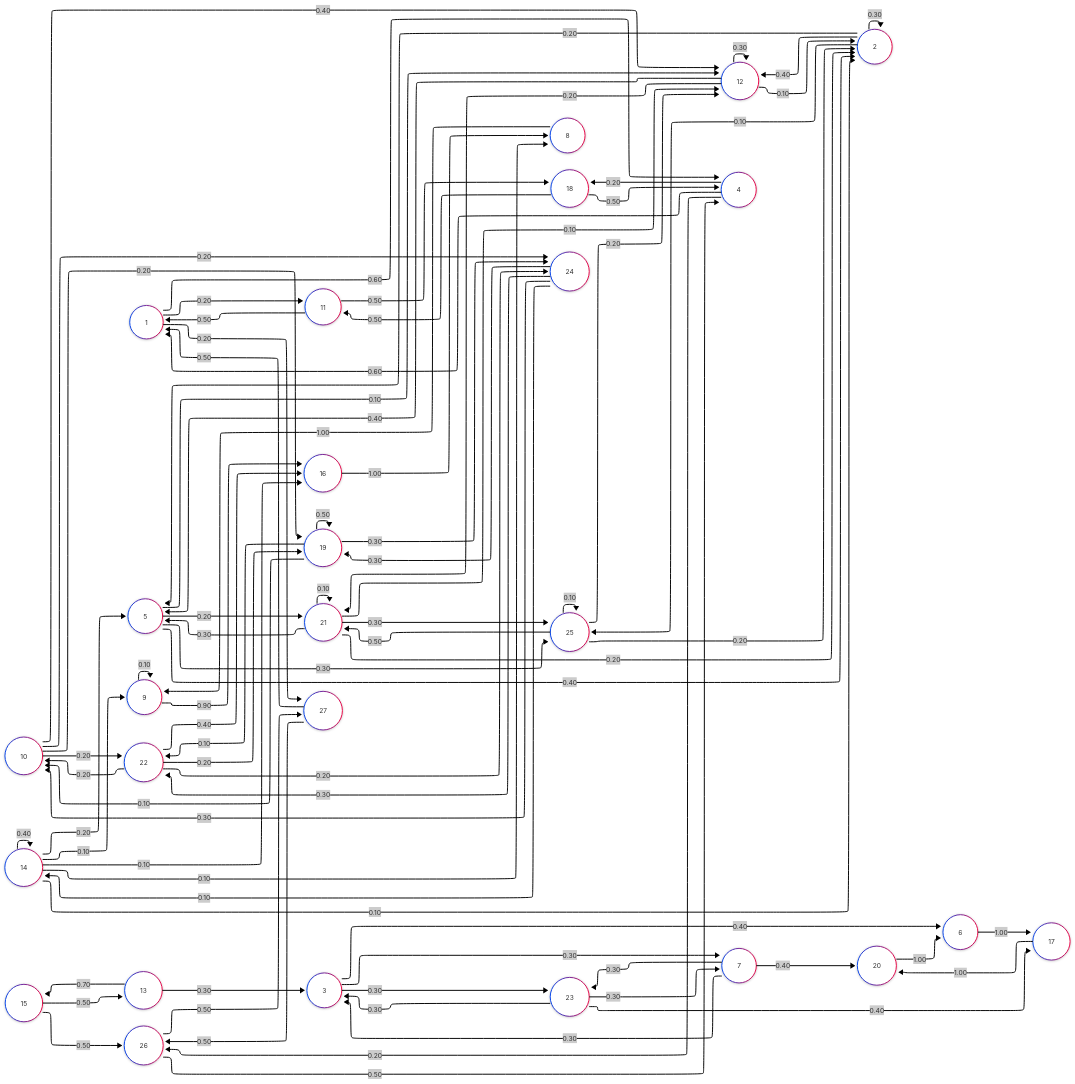
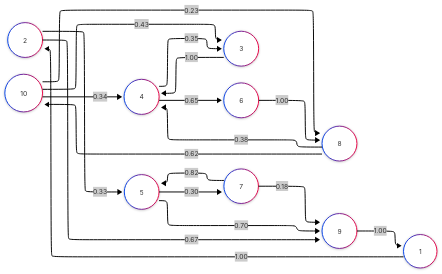
One commit to Dimitri20007/projet_graphe_markov_SDD changed the diagram in data/graphe_mermaid.mmd. Above: the diagram before and after it, drawn with Mermaid. The commit also changed 15 other files, not shown here.

```diff
--- a/data/graphe_mermaid.mmd
+++ b/data/graphe_mermaid.mmd
@@ -1,111 +1,34 @@
 ---
 config:
  layout: elk
  theme: neo
  look: neo
 ---
 flowchart LR
 A((1))
 B((2))
 C((3))
 D((4))
 E((5))
 F((6))
 G((7))
 H((8))
 I((9))
 J((10))
-K((11))
-L((12))
-M((13))
-N((14))
-O((15))
-P((16))
-Q((17))
-R((18))
-S((19))
-T((20))
-U((21))
-V((22))
-W((23))
-X((24))
-Y((25))
-Z((26))
-AA((27))
-A -->|0.20|AA
-A -->|0.20|K
-A -->|0.60|D
-B -->|0.10|Y
-B -->|0.40|L
-B -->|0.20|E
-B -->|0.30|B
-C -->|0.30|W
-C -->|0.30|G
-C -->|0.40|F
-D -->|0.20|Z
-D -->|0.20|R
-D -->|0.60|A
-E -->|0.30|Y
-E -->|0.20|U
-E -->|0.10|L
-E -->|0.40|B
-F -->|1.00|Q
-G -->|0.30|W
-G -->|0.40|T
-G -->|0.30|C
-H -->|1.00|I
-I -->|0.90|P
-I -->|0.10|I
-J -->|0.20|X
-J -->|0.20|V
-J -->|0.20|S
-J -->|0.40|L
-K -->|0.50|R
-K -->|0.50|A
-L -->|0.20|U
-L -->|0.30|L
-L -->|0.40|E
-L -->|0.10|B
-M -->|0.70|O
-M -->|0.30|C
-N -->|0.10|P
-N -->|0.40|N
-N -->|0.10|I
-N -->|0.10|H
-N -->|0.20|E
-N -->|0.10|B
-O -->|0.50|Z
-O -->|0.50|M
-P -->|1.00|H
-Q -->|1.00|T
-R -->|0.50|K
-R -->|0.50|D
-S -->|0.30|X
-S -->|0.10|V
-S -->|0.50|S
-S -->|0.10|J
-T -->|1.00|F
-U -->|0.30|Y
-U -->|0.10|U
-U -->|0.10|L
-U -->|0.30|E
-U -->|0.20|B
-V -->|0.20|X
-V -->|0.20|S
-V -->|0.40|P
-V -->|0.20|J
-W -->|0.40|Q
-W -->|0.30|G
-W -->|0.30|C
-X -->|0.30|V
-X -->|0.30|S
-X -->|0.10|N
-X -->|0.30|J
-Y -->|0.10|Y
-Y -->|0.50|U
-Y -->|0.20|L
-Y -->|0.20|B
-Z -->|0.50|AA
-Z -->|0.50|D
-AA -->|0.50|Z
-AA -->|0.50|A
+A -->|1.00|B
+B -->|0.67|I
+B -->|0.33|E
+C -->|1.00|D
+D -->|0.65|F
+D -->|0.35|C
+E -->|0.70|I
+E -->|0.30|G
+F -->|1.00|H
+G -->|0.18|I
+G -->|0.82|E
+H -->|0.62|J
+H -->|0.38|D
+I -->|1.00|A
+J -->|0.23|H
+J -->|0.34|D
+J -->|0.43|C
```
